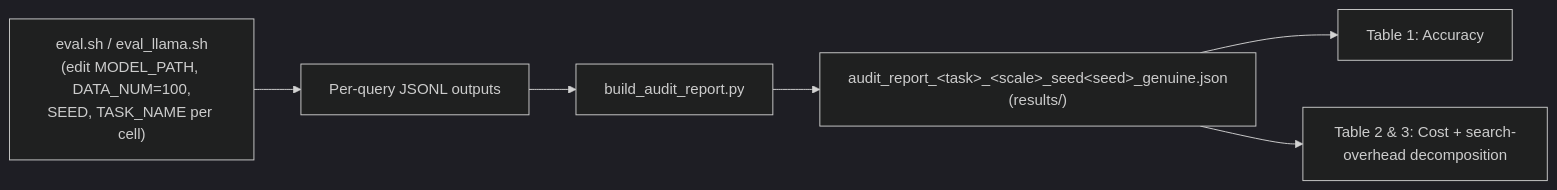
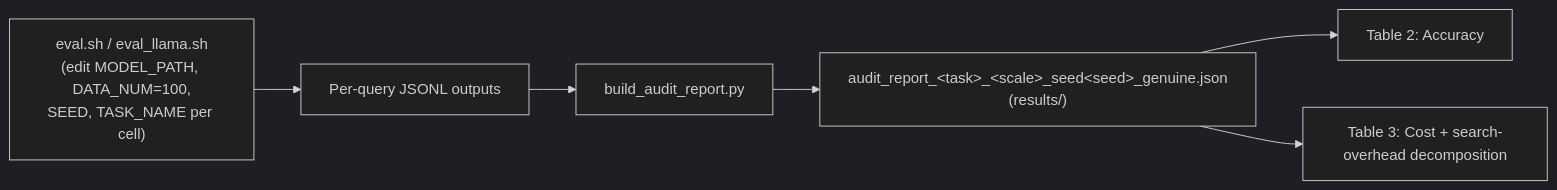
The third of 5 diagrams in README.md (hackie123/Audit_LayerSkip), drawn with Mermaid (dark theme) before and after one commit. The commit also changed other lines of this file, not shown here.

````diff
--- a/README.md
+++ b/README.md
@@ -122,8 +122,8 @@
 ```mermaid
 flowchart LR
     A["eval.sh / eval_llama.sh<br/>(edit MODEL_PATH, DATA_NUM=100,<br/>SEED, TASK_NAME per cell)"] --> B[Per-query JSONL outputs]
     B --> C[build_audit_report.py]
     C --> D["audit_report_&lt;task&gt;_&lt;scale&gt;_seed&lt;seed&gt;_genuine.json<br/>(results/)"]
-    D --> E[Table 1: Accuracy]
-    D --> F[Table 2 &amp; 3: Cost + search-overhead decomposition]
+    D --> E[Table 2: Accuracy]
+    D --> F[Table 3: Cost + search-overhead decomposition]
 ```
````
